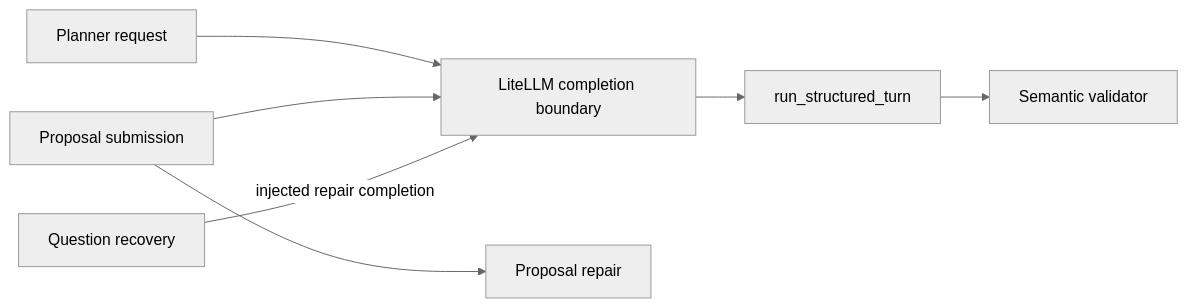
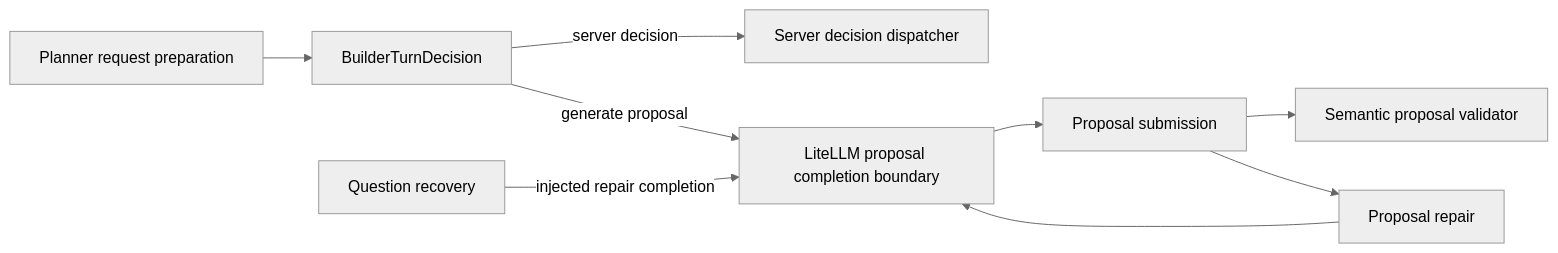
Before and after one commit to eneo-ai/eneo: the second of 2 diagrams in docs/flows/flow-ai-builder-phase4-completion-and-phase5a-gate.md, drawn with Mermaid (neutral theme). The commit also changed other lines of this file and 5 other files, not shown here.

First line of the commit message:
docs(flows): align builder phase four packet

````diff
--- a/docs/flows/flow-ai-builder-phase4-completion-and-phase5a-gate.md
+++ b/docs/flows/flow-ai-builder-phase4-completion-and-phase5a-gate.md
@@ -59,16 +59,18 @@
 ```mermaid
 flowchart LR
-  Prompt["Planner request"]
-  Completion["LiteLLM completion boundary"]
-  Turn["run_structured_turn"]
-  Semantic["Semantic validator"]
+  Prompt["Planner request preparation"]
+  Decision["BuilderTurnDecision"]
+  ServerDispatch["Server decision dispatcher"]
+  Completion["LiteLLM proposal completion boundary"]
+  Semantic["Semantic proposal validator"]
   Proposal["Proposal submission"]
   Repair["Proposal repair"]
   QR["Question recovery"]
 
-  Prompt --> Completion --> Turn
-  Turn --> Semantic
-  Proposal --> Completion
-  Proposal --> Repair
+  Prompt --> Decision
+  Decision -->|"server decision"| ServerDispatch
+  Decision -->|"generate proposal"| Completion --> Proposal
+  Proposal --> Semantic
+  Proposal --> Repair --> Completion
   QR -->|"injected repair completion"| Completion
 ```
````
